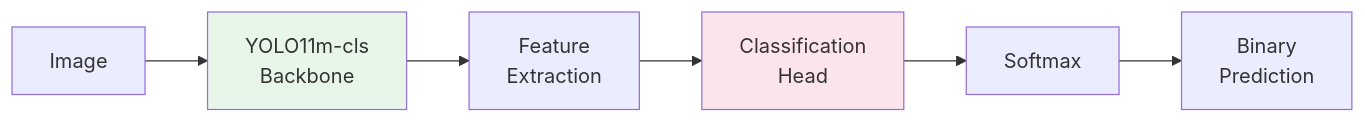
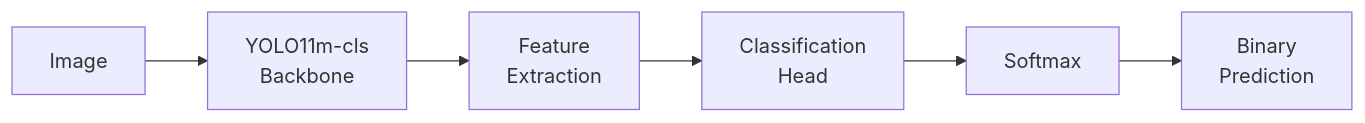
One commit to merojosa/junk-food-ads-classifiers changed the fourth of 4 diagrams in README.md. Above: the diagram before and after it, drawn with Mermaid. The commit also changed other lines of this file, not shown here.

````diff
--- a/README.md
+++ b/README.md
@@ -104,11 +102,9 @@
 ```mermaid
 flowchart LR
     A[Image] --> B[YOLO11m-cls<br/>Backbone]
     B --> C[Feature<br/>Extraction]
     C --> D[Classification<br/>Head]
     D --> E[Softmax]
     E --> F[Binary<br/>Prediction]
 
-    style B fill:#e8f5e9
-    style D fill:#fce4ec
 ```
````
